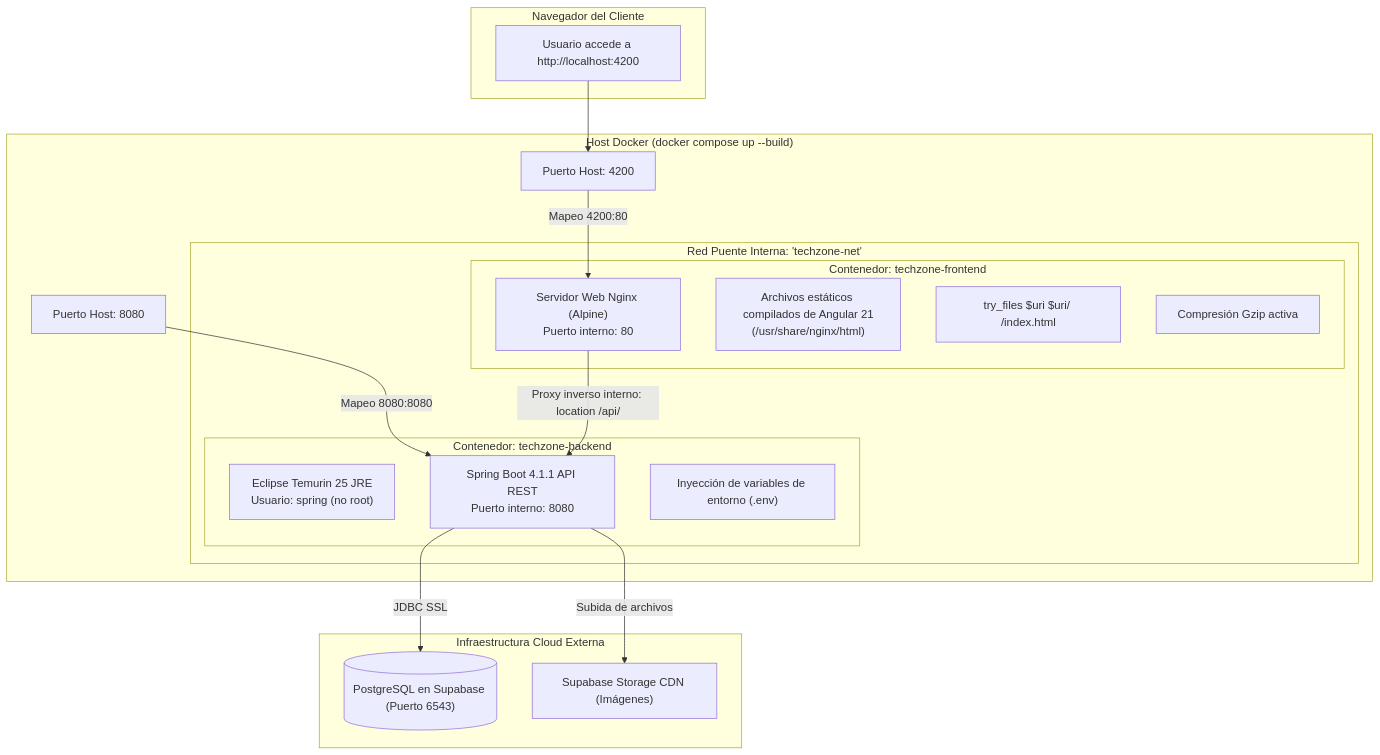
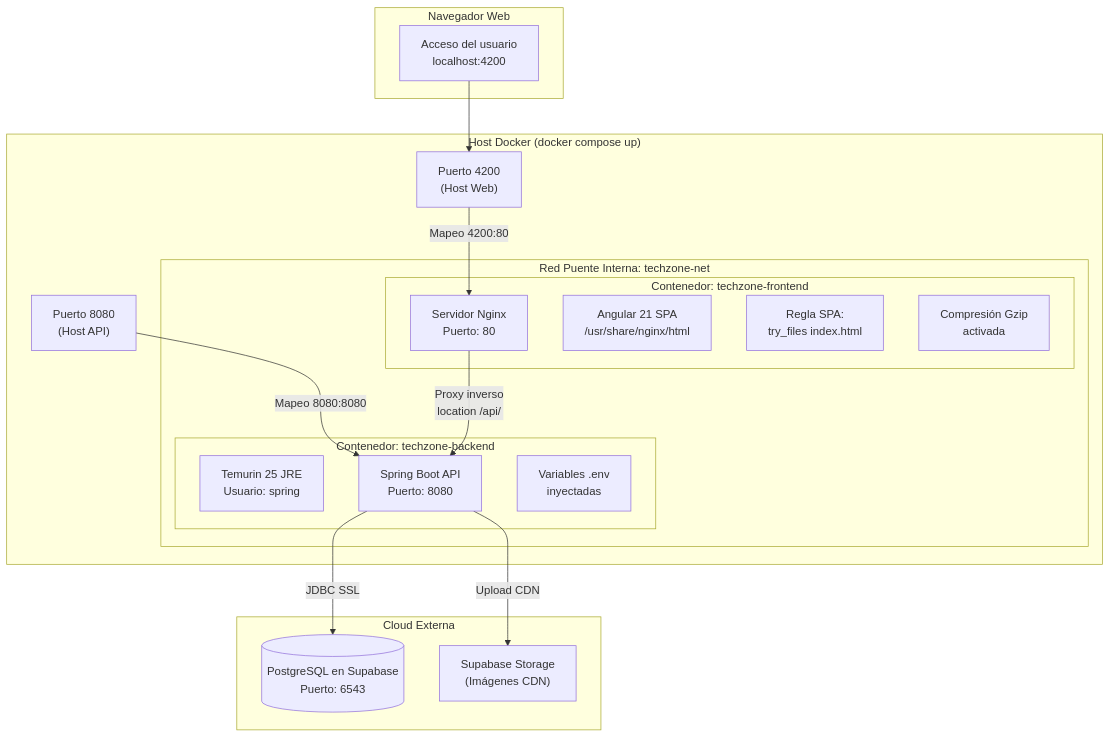
The ninth of 9 diagrams in README.md (MrCarlos17A/TechZone), drawn with Mermaid before and after one commit. The commit also changed other lines of this file, not shown here.

Commit message:
docs: solucion de diagramas README

````diff
--- a/README.md
+++ b/README.md
@@ -439,38 +436,38 @@
 ```mermaid
 flowchart TD
-    subgraph DOCKER_ENGINE["Host Docker (docker compose up --build)"]
-        subgraph BRIDGE_NET["Red Puente Interna: 'techzone-net'"]
+    subgraph DOCKER_ENGINE["Host Docker (docker compose up)"]
+        subgraph BRIDGE_NET["Red Puente Interna: techzone-net"]
             
             subgraph FRONTEND_CONTAINER["Contenedor: techzone-frontend"]
-                NGINX_SRV["Servidor Web Nginx (Alpine)<br/>Puerto interno: 80"]
-                WEB_ASSETS["Archivos estáticos compilados de Angular 21<br/>(/usr/share/nginx/html)"]
-                SPA_RULE["try_files $uri $uri/ /index.html"]
-                GZIP_COMP["Compresión Gzip activa"]
+                NGINX_SRV["Servidor Nginx<br/>Puerto: 80"]
+                WEB_ASSETS["Angular 21 SPA<br/>/usr/share/nginx/html"]
+                SPA_RULE["Regla SPA:<br/>try_files index.html"]
+                GZIP_COMP["Compresión Gzip<br/>activada"]
             end
 
             subgraph BACKEND_CONTAINER["Contenedor: techzone-backend"]
-                TEMURIN_JVM["Eclipse Temurin 25 JRE<br/>Usuario: spring (no root)"]
-                SPRING_APP["Spring Boot 4.1.1 API REST<br/>Puerto interno: 8080"]
-                ENV_INJECT["Inyección de variables de entorno (.env)"]
+                TEMURIN_JVM["Temurin 25 JRE<br/>Usuario: spring"]
+                SPRING_APP["Spring Boot API<br/>Puerto: 8080"]
+                ENV_INJECT["Variables .env<br/>inyectadas"]
             end
         end
 
-        HOST_4200["Puerto Host: 4200"] -->|Mapeo 4200:80| NGINX_SRV
-        HOST_8080["Puerto Host: 8080"] -->|Mapeo 8080:8080| SPRING_APP
+        HOST_4200["Puerto 4200<br/>(Host Web)"] -->|Mapeo 4200:80| NGINX_SRV
+        HOST_8080["Puerto 8080<br/>(Host API)"] -->|Mapeo 8080:8080| SPRING_APP
         
-        NGINX_SRV -->|Proxy inverso interno: location /api/| SPRING_APP
+        NGINX_SRV -->|Proxy inverso<br/>location /api/| SPRING_APP
     end
 
-    subgraph CLIENT["Navegador del Cliente"]
-        USER_PC["Usuario accede a http://localhost:4200"]
+    subgraph CLIENT["Navegador Web"]
+        USER_PC["Acceso del usuario<br/>localhost:4200"]
     end
 
-    subgraph CLOUD_SERVICES["Infraestructura Cloud Externa"]
-        SUPABASE_PG[("PostgreSQL en Supabase (Puerto 6543)")]
-        SUPABASE_BUCKET["Supabase Storage CDN (Imágenes)"]
+    subgraph CLOUD_SERVICES["Cloud Externa"]
+        SUPABASE_PG[("PostgreSQL en Supabase<br/>Puerto: 6543")]
+        SUPABASE_BUCKET["Supabase Storage<br/>(Imágenes CDN)"]
     end
 
     USER_PC --> HOST_4200
     SPRING_APP -->|JDBC SSL| SUPABASE_PG
-    SPRING_APP -->|Subida de archivos| SUPABASE_BUCKET
+    SPRING_APP -->|Upload CDN| SUPABASE_BUCKET
 ```
````
